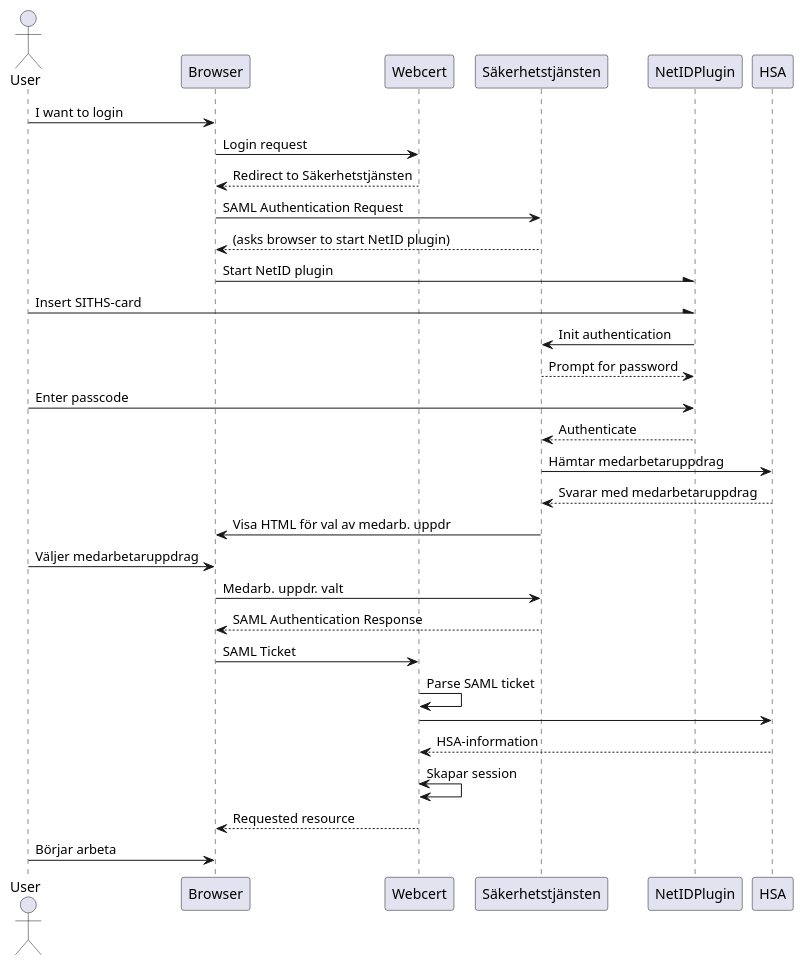
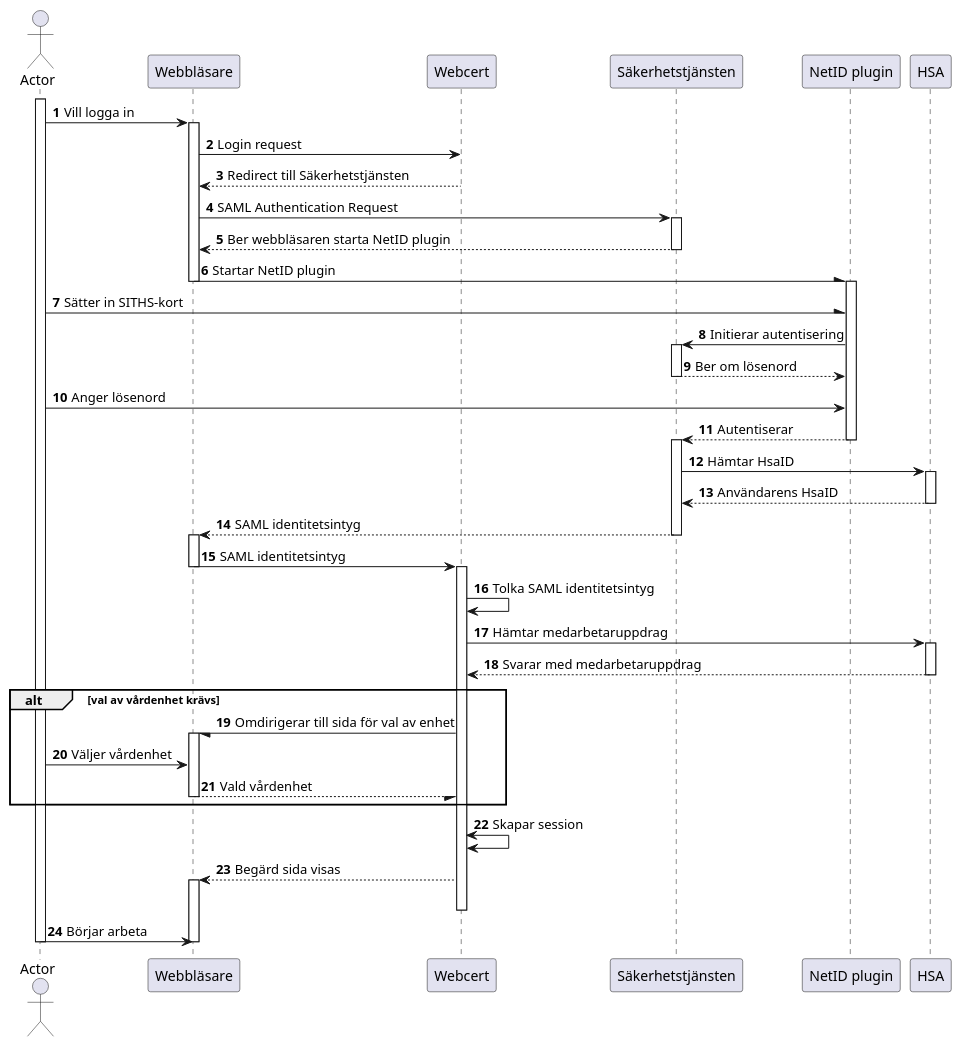
Before and after one commit to sklintyg/webcert: the diagram in docs/plantuml/siths-authentication.puml, drawn with PlantUML. The commit also changed other lines of this file and 1 other file, not shown here.

Commit message:
DEVENV: Uppdaterade sekvensdiagram för inloggning för WC 5.0

```diff
--- a/docs/plantuml/siths-authentication.puml
+++ b/docs/plantuml/siths-authentication.puml
@@ -1,32 +1,69 @@
 @startuml
-actor User
-User -> Browser: I want to login
-Browser -> Webcert: Login request
-Webcert --> Browser: Redirect to Säkerhetstjänsten
+autonumber
+actor Actor
+activate Actor
+Actor -> Webbläsare: Vill logga in
 
-Browser -> Säkerhetstjänsten: SAML Authentication Request
-Säkerhetstjänsten --> Browser: (asks browser to start NetID plugin)
-Browser -\ NetIDPlugin: Start NetID plugin
+activate Webbläsare
+Webbläsare -> Webcert: Login request
 
-User -\ NetIDPlugin: Insert SITHS-card
-NetIDPlugin -> Säkerhetstjänsten: Init authentication
-Säkerhetstjänsten --> NetIDPlugin: Prompt for password
-User -> NetIDPlugin: Enter passcode
+Webcert --> Webbläsare: Redirect till Säkerhetstjänsten
 
-NetIDPlugin --> Säkerhetstjänsten: Authenticate
+Webbläsare -> Säkerhetstjänsten: SAML Authentication Request
+activate Säkerhetstjänsten
+Säkerhetstjänsten --> Webbläsare: Ber webbläsaren starta NetID plugin
+deactivate Säkerhetstjänsten
+Webbläsare -\ "NetID plugin": Startar NetID plugin
+deactivate Webbläsare
 
-Säkerhetstjänsten -> HSA: Hämtar medarbetaruppdrag
-HSA --> Säkerhetstjänsten: Svarar med medarbetaruppdrag
-Säkerhetstjänsten -> Browser: Visa HTML för val av medarb. uppdr
-User -> Browser: Väljer medarbetaruppdrag
-Browser -> Säkerhetstjänsten: Medarb. uppdr. valt
+activate "NetID plugin"
+Actor -\ "NetID plugin": Sätter in SITHS-kort
+"NetID plugin" -> Säkerhetstjänsten: Initierar autentisering
 
-Browser <-- Säkerhetstjänsten: SAML Authentication Response
-Browser -> Webcert: SAML Ticket
-Webcert -> Webcert: Parse SAML ticket
-Webcert -> HSA:
-HSA --> Webcert: HSA-information
+activate Säkerhetstjänsten
+Säkerhetstjänsten --> "NetID plugin": Ber om lösenord
+deactivate Säkerhetstjänsten
+
+Actor -> "NetID plugin": Anger lösenord
+
+
+"NetID plugin" --> Säkerhetstjänsten: Autentiserar
+deactivate "NetID plugin"
+activate Säkerhetstjänsten
+
+
+
+Säkerhetstjänsten -> HSA: Hämtar HsaID
+activate HSA
+HSA --> Säkerhetstjänsten: Användarens HsaID
+deactivate HSA
+
+Webbläsare <-- Säkerhetstjänsten: SAML identitetsintyg
+deactivate Säkerhetstjänsten
+activate Webbläsare
+
+Webbläsare -> Webcert: SAML identitetsintyg
+deactivate Webbläsare
+activate Webcert
+Webcert -> Webcert: Tolka SAML identitetsintyg
+Webcert -> HSA: Hämtar medarbetaruppdrag
+activate HSA
+HSA --> Webcert: Svarar med medarbetaruppdrag
+deactivate HSA
+alt val av vårdenhet krävs
+
+Webcert -/ Webbläsare: Omdirigerar till sida för val av enhet
+activate Webbläsare
+Actor -> Webbläsare: Väljer vårdenhet
+Webbläsare --/ Webcert: Vald vårdenhet
+deactivate Webbläsare
+end
+
 Webcert <-> Webcert: Skapar session
-Webcert --> Browser: Requested resource
-User -> Browser: Börjar arbeta
+Webcert --> Webbläsare: Begärd sida visas
+activate Webbläsare
+deactivate Webcert
+Actor -> Webbläsare: Börjar arbeta
+deactivate Webbläsare
+deactivate Actor
 @enduml
```
